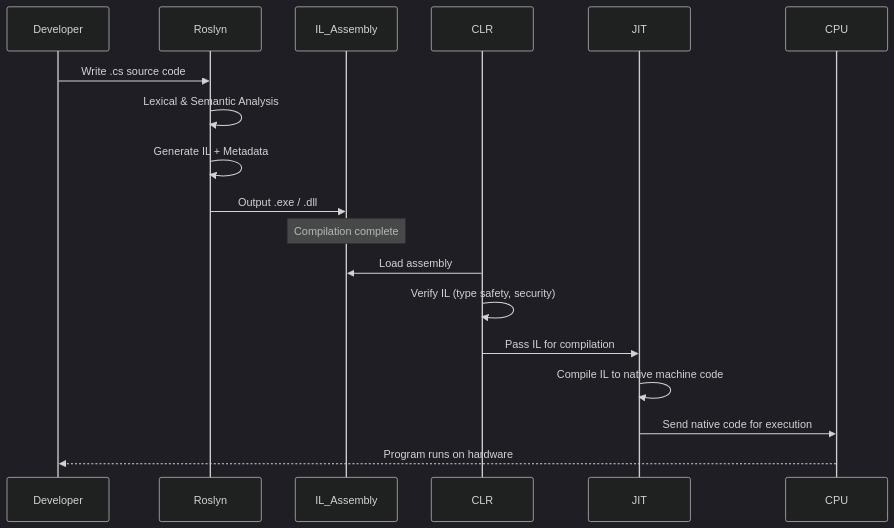
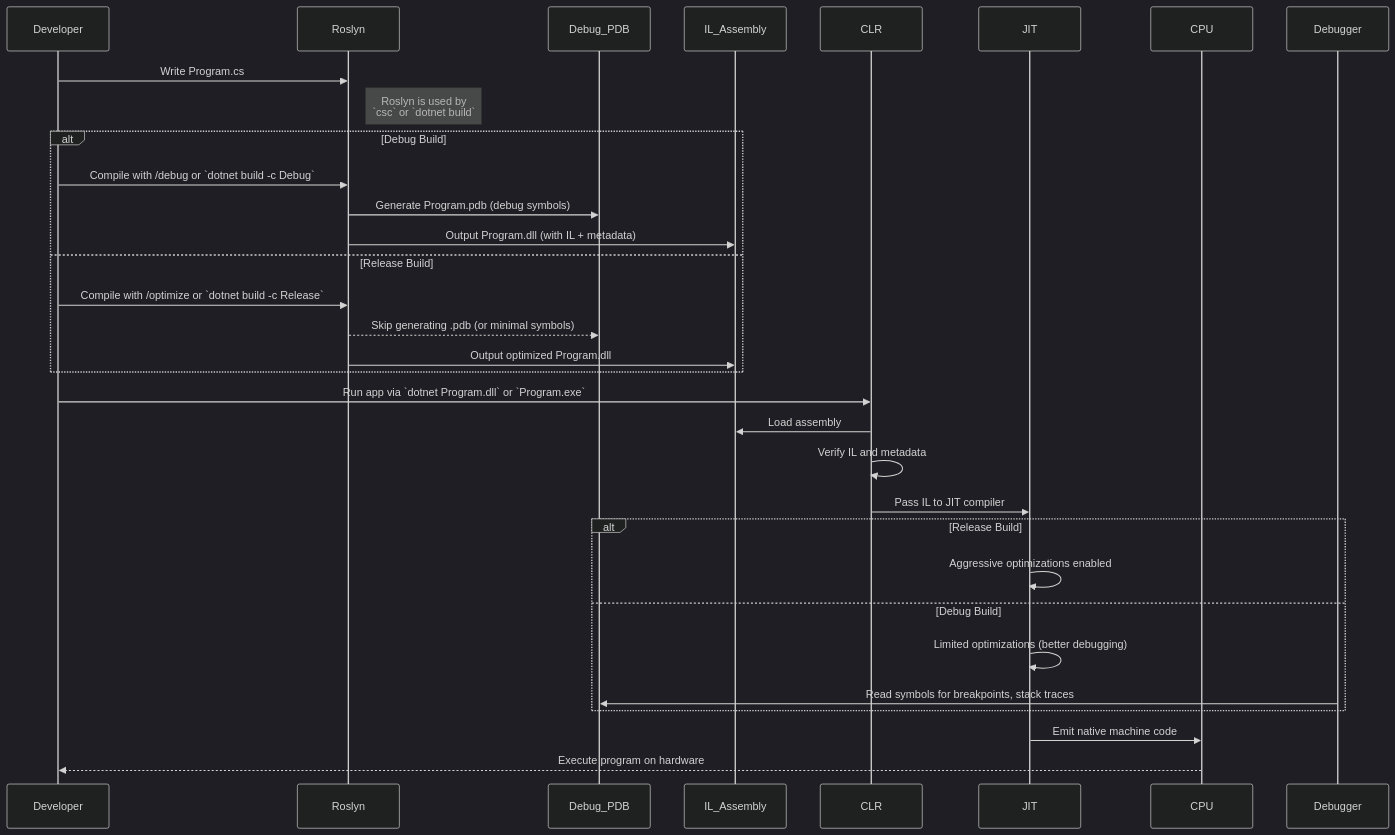
The diagram in docs/001_Introduction-to-C-Sharp/001.001.What-is-C-Sharp.md (andikatjacobdennis/CSharpMastery), drawn with Mermaid (dark theme) before and after one commit.

````diff
--- a/docs/001_Introduction-to-C-Sharp/001.001.What-is-C-Sharp.md
+++ b/docs/001_Introduction-to-C-Sharp/001.001.What-is-C-Sharp.md
@@ -13,23 +13,44 @@
 ```mermaid
 sequenceDiagram
     participant Developer
     participant Roslyn
+    participant Debug_PDB
     participant IL_Assembly
     participant CLR
     participant JIT
     participant CPU
+    participant Debugger
 
-    Developer->>Roslyn: Write .cs source code
-    Roslyn->>Roslyn: Lexical & Semantic Analysis
-    Roslyn->>Roslyn: Generate IL + Metadata
-    Roslyn->>IL_Assembly: Output .exe / .dll
+    %% Source Code Stage
+    Developer->>Roslyn: Write Program.cs
+    Note right of Roslyn: Roslyn is used by<br>`csc` or `dotnet build`
 
-    Note over IL_Assembly: Compilation complete
+    %% Compilation Phase - Debug
+    alt Debug Build
+        Developer->>Roslyn: Compile with /debug or `dotnet build -c Debug`
+        Roslyn->>Debug_PDB: Generate Program.pdb (debug symbols)
+        Roslyn->>IL_Assembly: Output Program.dll (with IL + metadata)
+    else Release Build
+        Developer->>Roslyn: Compile with /optimize or `dotnet build -c Release`
+        Roslyn-->>Debug_PDB: Skip generating .pdb (or minimal symbols)
+        Roslyn->>IL_Assembly: Output optimized Program.dll
+    end
 
+    %% Runtime Phase
+    Developer->>CLR: Run app via `dotnet Program.dll` or `Program.exe`
     CLR->>IL_Assembly: Load assembly
-    CLR->>CLR: Verify IL (type safety, security)
-    CLR->>JIT: Pass IL for compilation
-    JIT->>JIT: Compile IL to native machine code
-    JIT->>CPU: Send native code for execution
-    CPU-->>Developer: Program runs on hardware
+    CLR->>CLR: Verify IL and metadata
+
+    %% JIT Compilation
+    CLR->>JIT: Pass IL to JIT compiler
+    alt Release Build
+        JIT->>JIT: Aggressive optimizations enabled
+    else Debug Build
+        JIT->>JIT: Limited optimizations (better debugging)
+        Debugger->>Debug_PDB: Read symbols for breakpoints, stack traces
+    end
+
+    %% Execution Phase
+    JIT->>CPU: Emit native machine code
+    CPU-->>Developer: Execute program on hardware
 ```
````
